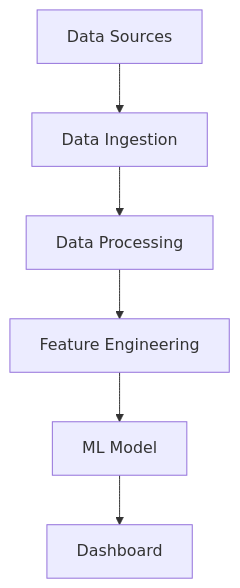
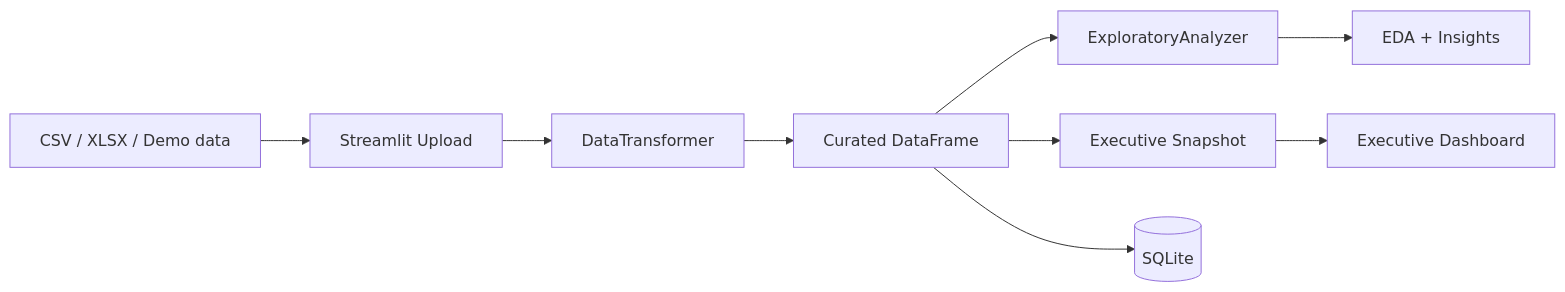
One commit to samuelmaia-analytics/data-senior-analytics changed the diagram in README.en.md. Above: the diagram before and after it, drawn with Mermaid. The commit also changed other lines of this file and 7 other files, not shown here.

Commit message:
Elevate executive dashboard and refresh documentation

````diff
--- a/README.en.md
+++ b/README.en.md
@@ -48,8 +45,11 @@
 ```mermaid
-flowchart TD
-    A[Data Sources] --> B[Data Ingestion]
-    B --> C[Data Processing]
-    C --> D[Feature Engineering]
-    D --> E[ML Model]
-    E --> F[Dashboard]
+flowchart LR
+    A[CSV / XLSX / Demo data] --> B[Streamlit Upload]
+    B --> C[DataTransformer]
+    C --> D[Curated DataFrame]
+    D --> E[ExploratoryAnalyzer]
+    D --> F[Executive Snapshot]
+    D --> G[(SQLite)]
+    E --> H[EDA + Insights]
+    F --> I[Executive Dashboard]
 ```
````
